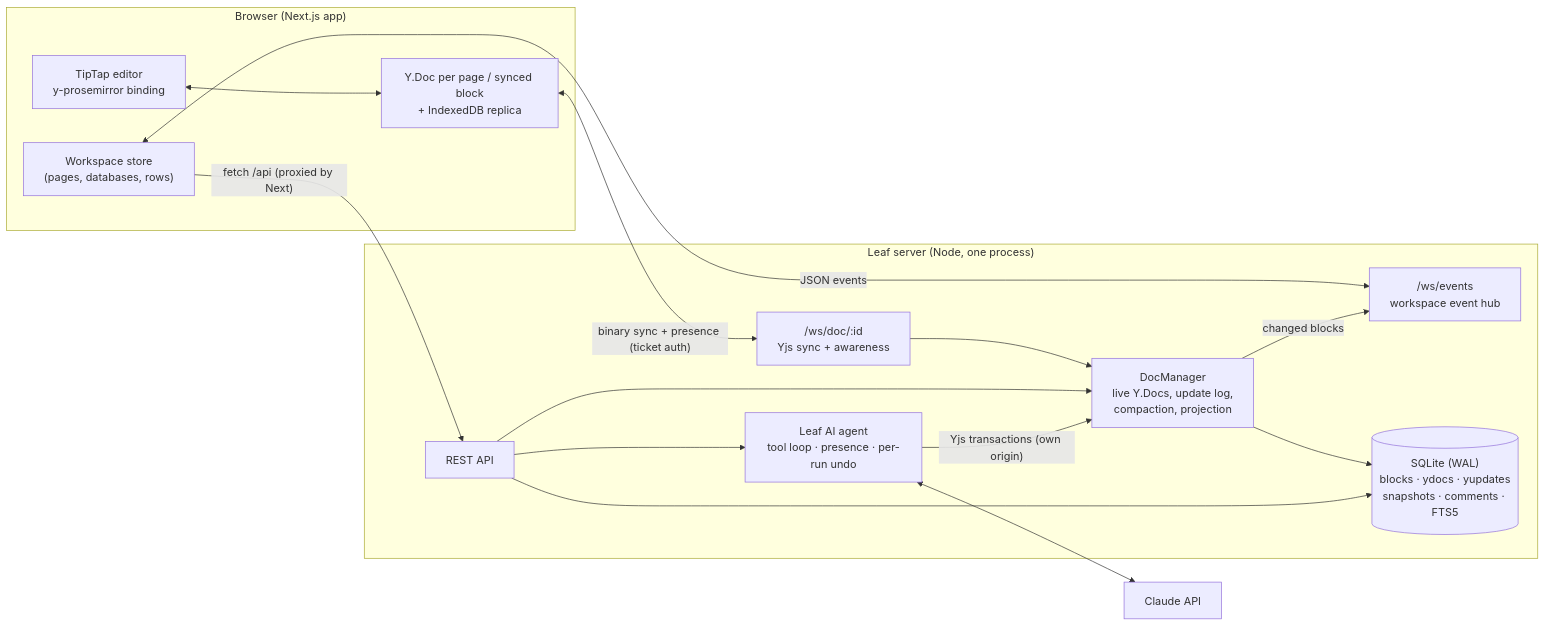
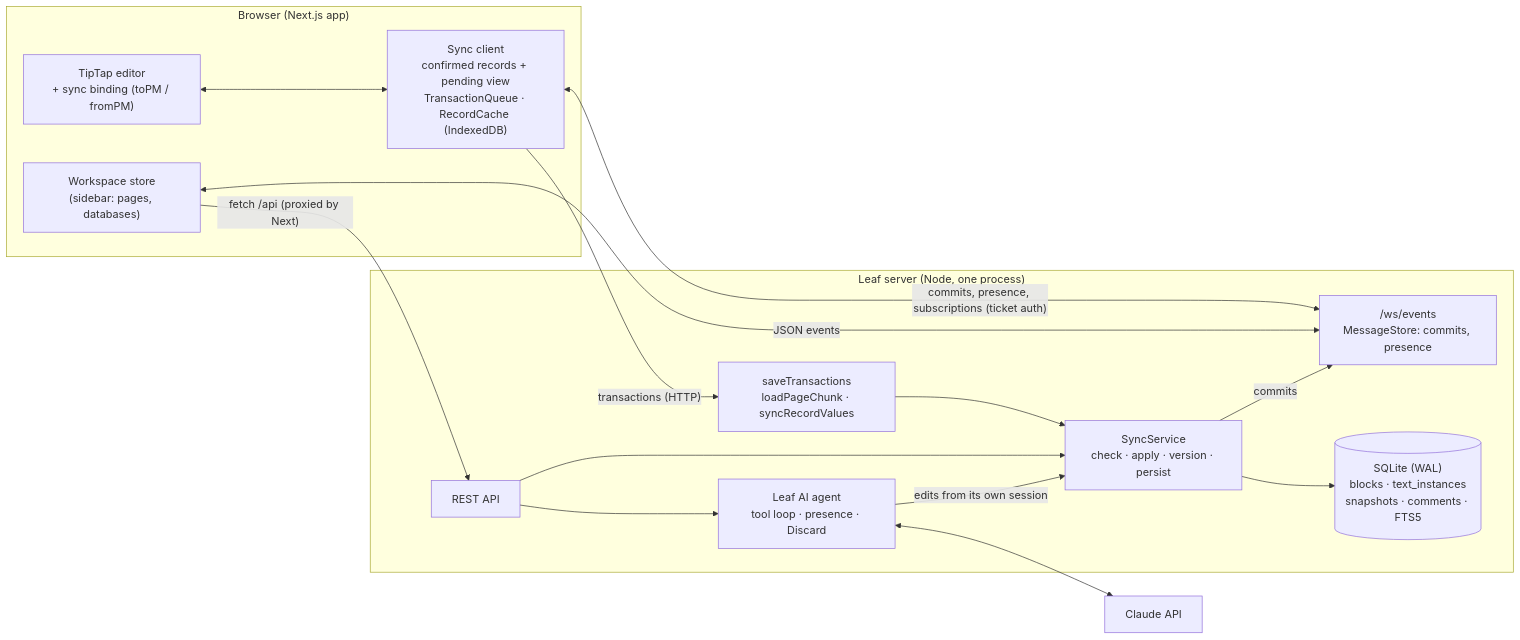
Before and after one commit to sagarvarma1/leaf: the diagram in README.md, drawn with Mermaid. The commit also changed other lines of this file and 53 other files, not shown here.

First line of the commit message:
Own sync engine after Notion's engineering blog, replacing Yjs

````diff
--- a/README.md
+++ b/README.md
@@ -94,29 +99,29 @@
 ```mermaid
 flowchart LR
   subgraph Browser["Browser (Next.js app)"]
-    ED["TipTap editor<br/>y-prosemirror binding"]
-    YD["Y.Doc per page / synced block<br/>+ IndexedDB replica"]
-    ST["Workspace store<br/>(pages, databases, rows)"]
-    ED <--> YD
+    ED["TipTap editor<br/>+ sync binding (toPM / fromPM)"]
+    RP["Sync client<br/>confirmed records + pending view<br/>TransactionQueue · RecordCache (IndexedDB)"]
+    ST["Workspace store<br/>(sidebar: pages, databases)"]
+    ED <--> RP
   end
   subgraph Server["Leaf server (Node, one process)"]
-    WSD["/ws/doc/:id<br/>Yjs sync + awareness"]
-    WSE["/ws/events<br/>workspace event hub"]
+    TX["saveTransactions<br/>loadPageChunk · syncRecordValues"]
+    WSE["/ws/events<br/>MessageStore: commits, presence"]
     REST["REST API"]
-    DM["DocManager<br/>live Y.Docs, update log,<br/>compaction, projection"]
-    AI["Leaf AI agent<br/>tool loop · presence · per-run undo"]
-    DB[("SQLite (WAL)<br/>blocks · ydocs · yupdates<br/>snapshots · comments · FTS5")]
+    SY["SyncService<br/>check · apply · version · persist"]
+    AI["Leaf AI agent<br/>tool loop · presence · Discard"]
+    DB[("SQLite (WAL)<br/>blocks · text_instances<br/>snapshots · comments · FTS5")]
   end
   CL["Claude API"]
-  YD <-- "binary sync + presence (ticket auth)" --> WSD
+  RP -- "transactions (HTTP)" --> TX
+  RP <-- "commits, presence, subscriptions (ticket auth)" --> WSE
   ST <-- "JSON events" --> WSE
   ST -- "fetch /api (proxied by Next)" --> REST
-  WSD --> DM
-  REST --> DM
+  TX --> SY
+  REST --> SY
   REST --> AI
-  AI -- "Yjs transactions (own origin)" --> DM
+  AI -- "edits from its own session" --> SY
   AI <--> CL
-  DM --> DB
-  REST --> DB
-  DM -- "changed blocks" --> WSE
+  SY --> DB
+  SY -- "commits" --> WSE
 ```
````
